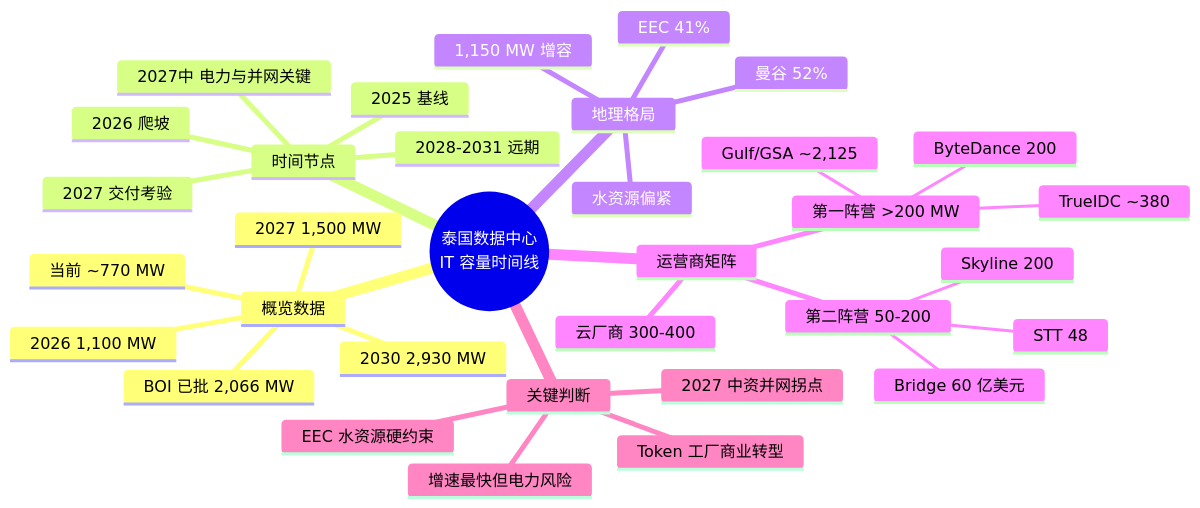
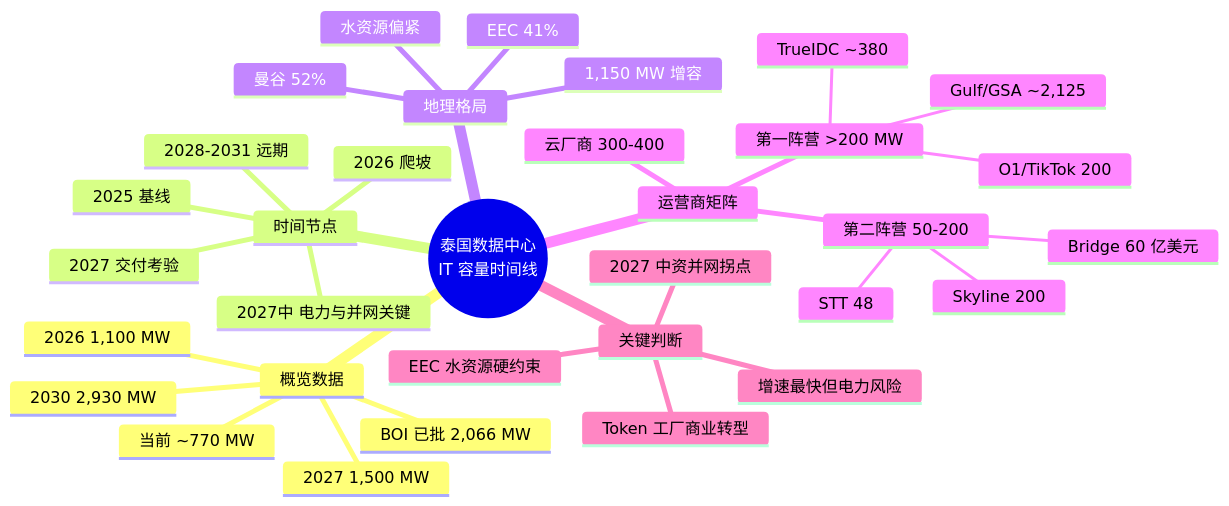
One commit to liweicong2016-collab/tech-blog changed the diagram in content/zh/posts/thailand-idc-timeline-2026-2031.md. Above: the diagram before and after it, drawn with Mermaid. The commit also changed other lines of this file and 5 other files, not shown here.

First line of the commit message:
chore(refresh): 6 篇 IDC / 出海文章 2026-10-05 刷注 + ByteDance → O1 脱敏

````diff
--- a/content/zh/posts/thailand-idc-timeline-2026-2031.md
+++ b/content/zh/posts/thailand-idc-timeline-2026-2031.md
@@ -17,36 +17,36 @@
 ```mermaid
 mindmap
   root((泰国数据中心<br/>IT 容量时间线))
     概览数据
       当前 ~770 MW
       2026 1,100 MW
       2027 1,500 MW
       2030 2,930 MW
       BOI 已批 2,066 MW
     时间节点
       2025 基线
       2026 爬坡
       2027中 电力与并网关键
       2027 交付考验
       2028-2031 远期
     地理格局
       曼谷 52%
       EEC 41%
       1,150 MW 增容
       水资源偏紧
     运营商矩阵
       第一阵营 >200 MW
         TrueIDC ~380
         Gulf/GSA ~2,125
-        ByteDance 200
+        O1/TikTok 200
       第二阵营 50-200
         STT 48
         Bridge 60 亿美元
         Skyline 200
       云厂商 300-400
     关键判断
       增速最快但电力风险
       2027 中资并网拐点
       EEC 水资源硬约束
       Token 工厂商业转型
 ```
````
